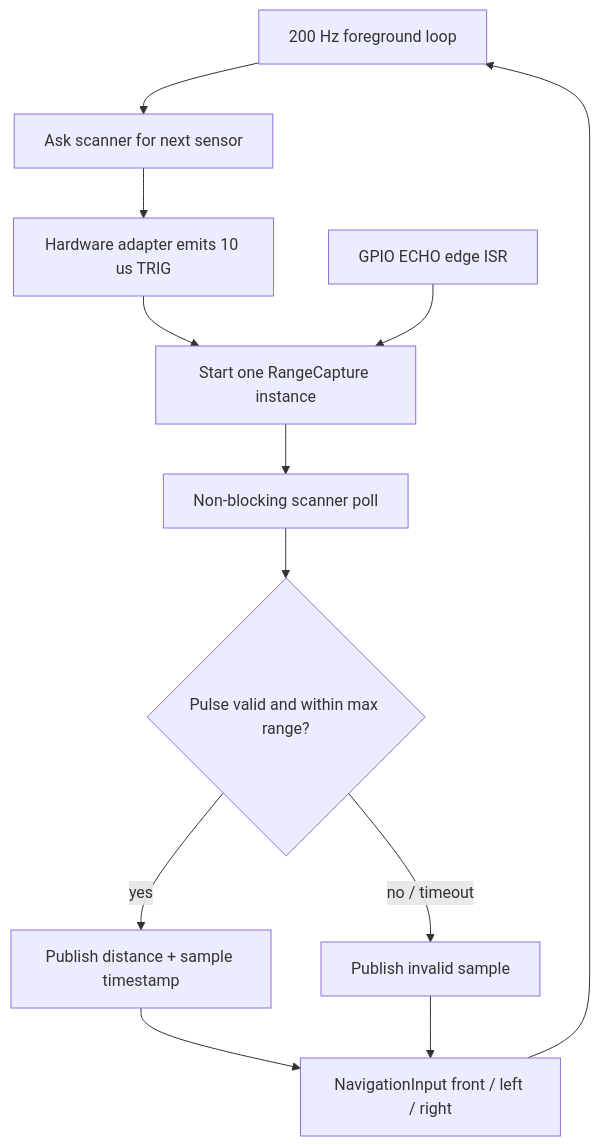
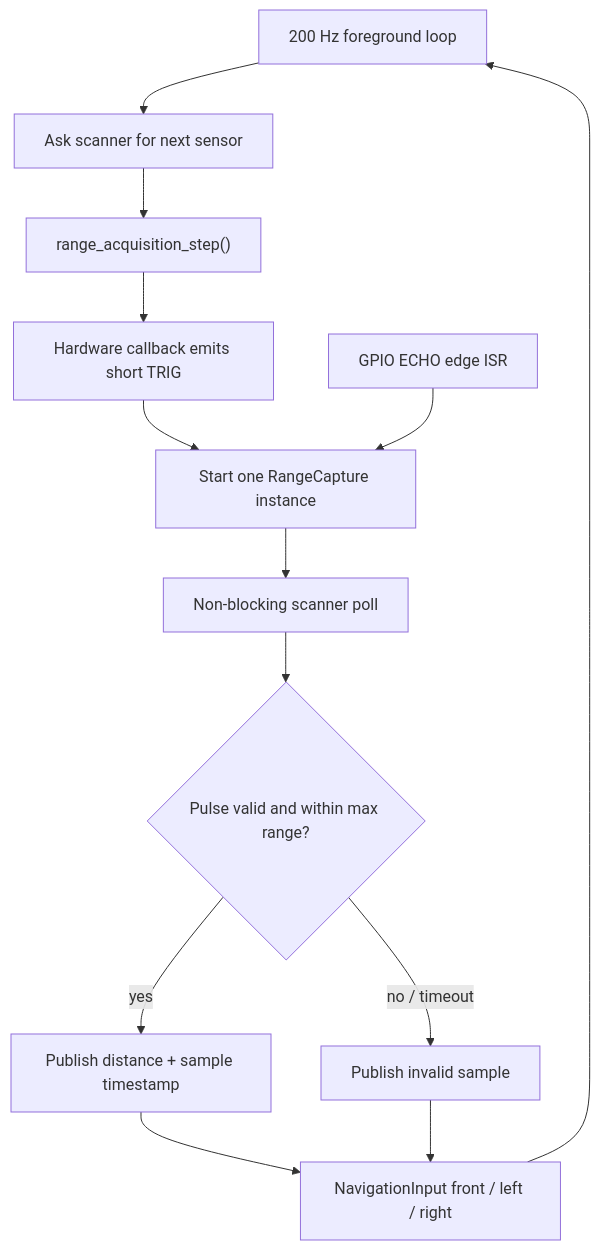
One commit to 3more102/Tiva-Self-Balancing-Robot changed the diagram in docs/range_scanner.md. Above: the diagram before and after it, drawn with Mermaid. The commit also changed other lines of this file, not shown here.

Commit message:
Document range acquisition coordinator and callback contract

````diff
--- a/docs/range_scanner.md
+++ b/docs/range_scanner.md
@@ -9,14 +9,15 @@
 ```mermaid
 flowchart TD
     LOOP["200 Hz foreground loop"] --> NEXT["Ask scanner for next sensor"]
-    NEXT --> TRIG["Hardware adapter emits 10 us TRIG"]
+    NEXT --> COORD["range_acquisition_step()"]
+    COORD --> TRIG["Hardware callback emits short TRIG"]
     TRIG --> CAP["Start one RangeCapture instance"]
     ECHO["GPIO ECHO edge ISR"] --> CAP
     CAP --> POLL["Non-blocking scanner poll"]
     POLL --> VALID{"Pulse valid and within max range?"}
     VALID -->|yes| SAMPLE["Publish distance + sample timestamp"]
     VALID -->|no / timeout| INVALID["Publish invalid sample"]
     SAMPLE --> NAV["NavigationInput front / left / right"]
     INVALID --> NAV
     NAV --> LOOP
 ```
````
